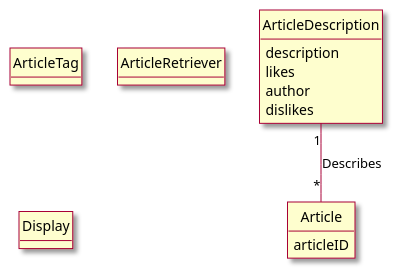
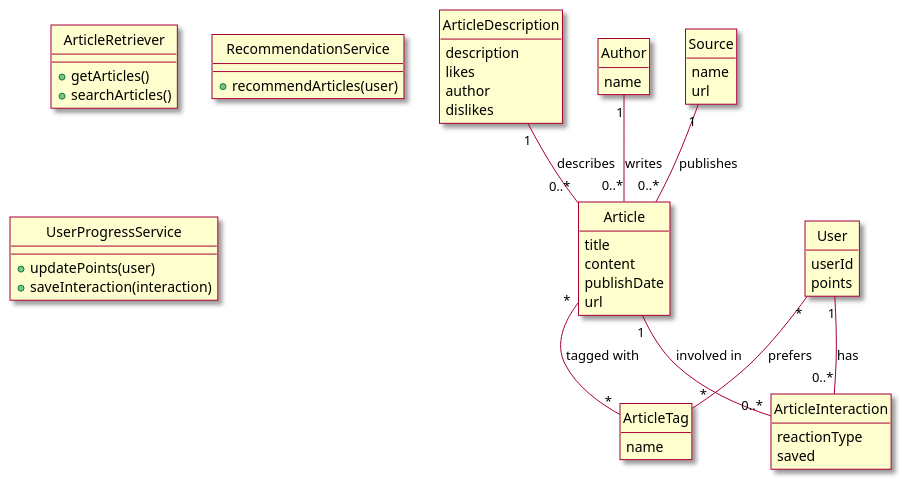
One commit to owhitleym-ui/EcoScoop changed the diagram in intellij/doc/class-diagram.md. Above: the diagram before and after it, drawn with PlantUML. The commit also changed 1 other file, not shown here.

Commit message:
Updated Class Diagram

````diff
--- a/intellij/doc/class-diagram.md
+++ b/intellij/doc/class-diagram.md
@@ -1,38 +1,75 @@
 ```plantuml
 @startuml
 skin rose
 hide circle
 hide empty methods
 
 'classes
 class ArticleDescription{
     description
     likes
     author
     dislikes
 }
 
-class ArticleTag{
-
+class Article{
+    title
+    content
+    publishDate
+    url
 }
 
-class Article{
-    articleID
+class ArticleTag{
+    name
 }
 
-class ArticleRetriever{
-    
+class Author{
+    name
 }
 
-class Display {
+class Source{
+    name
+    url
+}
+
+class User{
+   userId
+   points
+}
+
+class ArticleInteraction{
+    reactionType
+    saved
+}
+
+class ArticleRetriever {
+  +getArticles()
+  +searchArticles()
+}
+
+class RecommendationService {
+  +recommendArticles(user)
+}
+
+class UserProgressService {
+  +updatePoints(user)
+  +saveInteraction(interaction)
 }
 
 
+' associations 
+ArticleDescription "1" -- "0..*" Article : describes
+Author "1" -- "0..*" Article : writes
+Source "1" -- "0..*" Article : publishes
 
-' associations 
-ArticleDescription "1" -- "*" Article :Describes
+Article "*" -- "*" ArticleTag : tagged with
+
+User "1" -- "0..*" ArticleInteraction : has
+Article "1" -- "0..*" ArticleInteraction : involved in
+
+User "*" -- "*" ArticleTag : prefers
 
 'Systems
 
 @enduml
 ```
````
